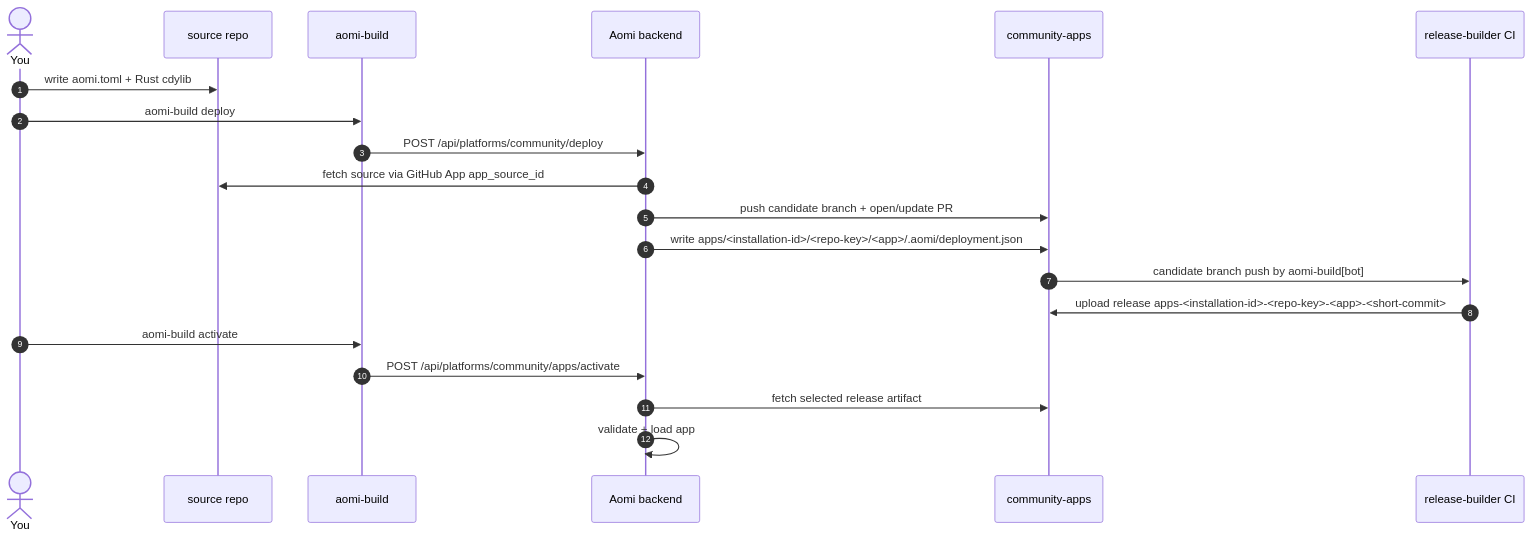
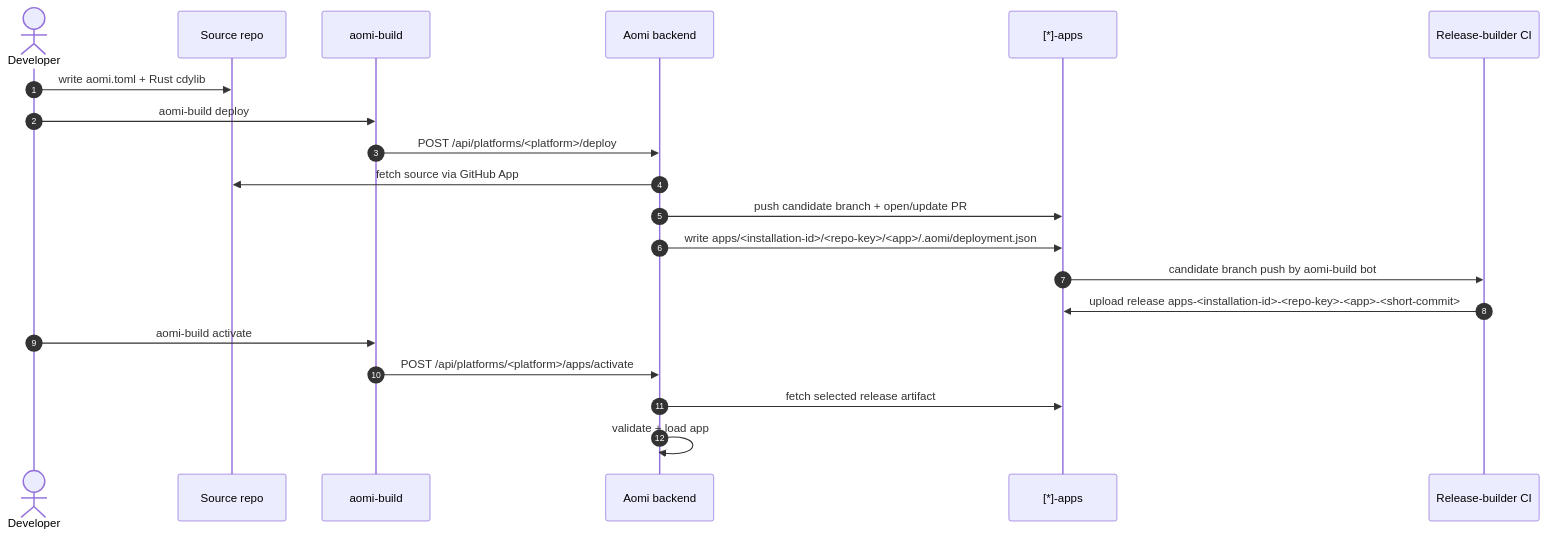
Before and after one commit to aomi-labs/community-apps: the diagram in CONTRIBUTING.md, drawn with Mermaid. The commit also changed other lines of this file and 370 other files, not shown here.

````diff
--- a/CONTRIBUTING.md
+++ b/CONTRIBUTING.md
@@ -24,23 +12,23 @@
 ```mermaid
 sequenceDiagram
     autonumber
-    actor You
-    participant Src as source repo
+    actor Dev as Developer
+    participant Src as Source repo
     participant CLI as aomi-build
     participant BE as Aomi backend
-    participant Repo as community-apps
-    participant CI as release-builder CI
+    participant Repo as [*]-apps
+    participant CI as Release-builder CI
 
-    You->>Src: write aomi.toml + Rust cdylib
-    You->>CLI: aomi-build deploy
-    CLI->>BE: POST /api/platforms/community/deploy
-    BE->>Src: fetch source via GitHub App app_source_id
+    Dev->>Src: write aomi.toml + Rust cdylib
+    Dev->>CLI: aomi-build deploy
+    CLI->>BE: POST /api/platforms/<platform>/deploy
+    BE->>Src: fetch source via GitHub App
     BE->>Repo: push candidate branch + open/update PR
     BE->>Repo: write apps/<installation-id>/<repo-key>/<app>/.aomi/deployment.json
-    Repo->>CI: candidate branch push by aomi-build[bot]
+    Repo->>CI: candidate branch push by aomi-build bot
     CI->>Repo: upload release apps-<installation-id>-<repo-key>-<app>-<short-commit>
-    You->>CLI: aomi-build activate
-    CLI->>BE: POST /api/platforms/community/apps/activate
+    Dev->>CLI: aomi-build activate
+    CLI->>BE: POST /api/platforms/<platform>/apps/activate
     BE->>Repo: fetch selected release artifact
     BE->>BE: validate + load app
 ```
````
